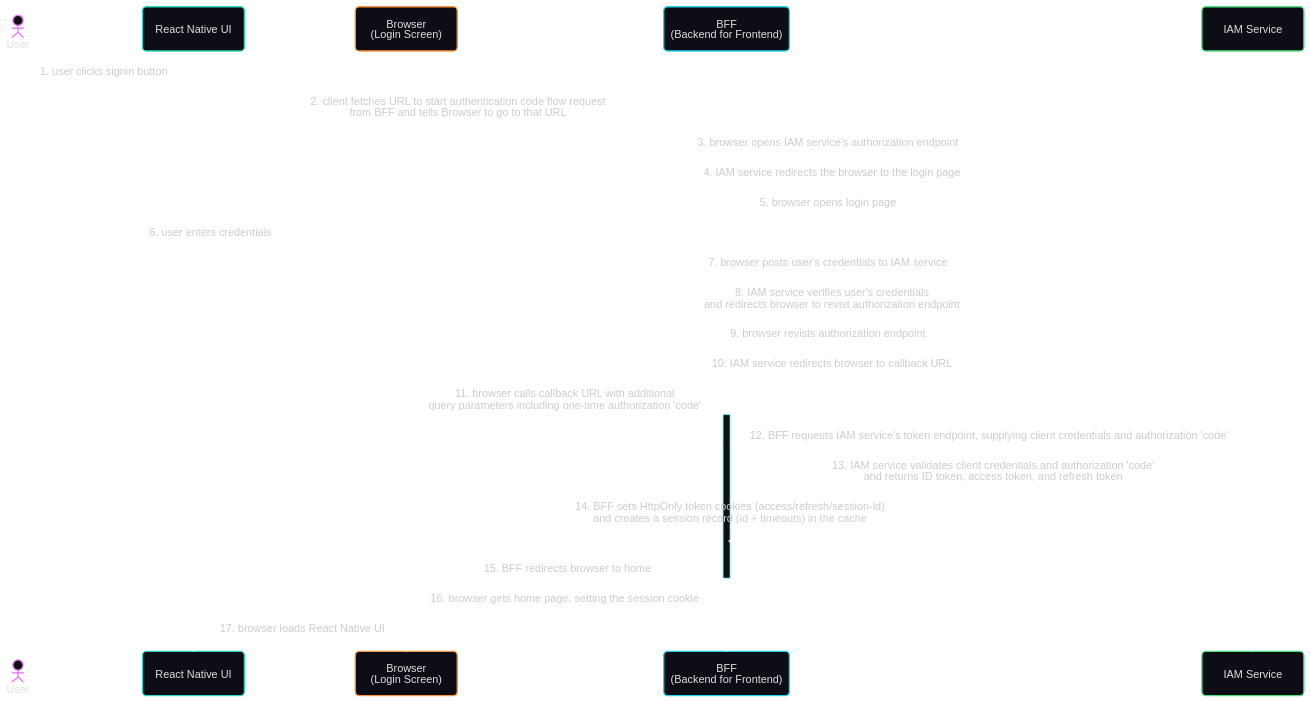
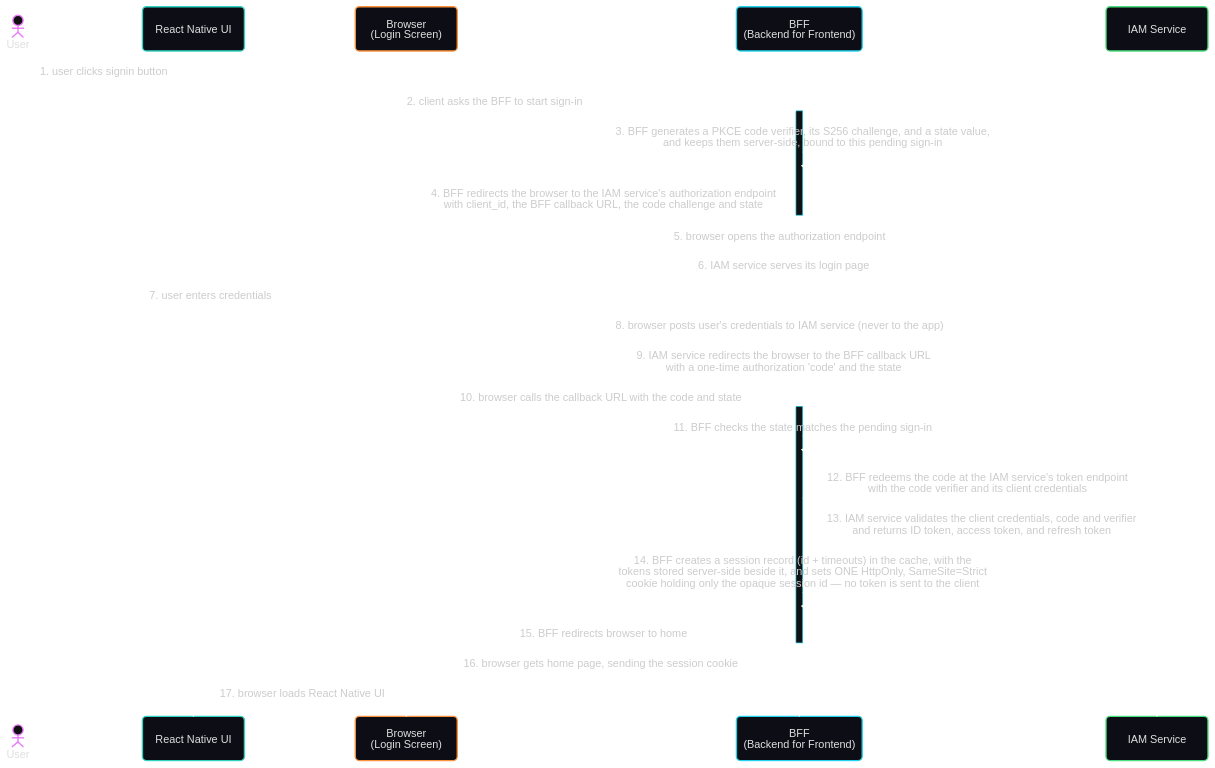
Before and after one commit to jumbleknot/MovieCollectionManager: the third of 5 diagrams in .specify/memory/constitution.md, drawn with Mermaid. The commit also changed other lines of this file and 1 other file, not shown here.

First line of the commit message:
docs(constitution): amend to v2.11.0 — session rules and server-held-token auth diagrams

````diff
--- a/.specify/memory/constitution.md
+++ b/.specify/memory/constitution.md
@@ -894,33 +898,35 @@
 ```mermaid
 ---
 config:
   theme: redux-dark-color
   look: neo
 ---
 sequenceDiagram
   actor User
   participant ReactNativeUI as React Native UI
   participant Browser as Browser<br/>(Login Screen)
   participant BFF as BFF<br/>(Backend for Frontend)
   participant IAM as IAM Service
 
   User->>ReactNativeUI: 1. user clicks signin button
-  ReactNativeUI->>BFF: 2. client fetches URL to start authentication code flow request<br/>from BFF and tells Browser to go to that URL
-  Browser->>IAM: 3. browser opens IAM service's authorization endpoint
-  IAM-->>Browser: 4. IAM service redirects the browser to the login page
-  Browser->>IAM: 5. browser opens login page
-  User->>Browser: 6. user enters credentials
-  Browser->>IAM: 7. browser posts user's credentials to IAM service
-  IAM-->>Browser: 8. IAM service verifies user's credentials<br/>and redirects browser to revist authorization endpoint
-  Browser->>IAM: 9. browser revists authorization endpoint
-  IAM-->>Browser: 10. IAM service redirects browser to callback URL
-  Browser->>BFF: 11. browser calls callback URL with additional<br/>query parameters including one-time authorization 'code'
+  ReactNativeUI->>BFF: 2. client asks the BFF to start sign-in
   activate BFF
-  BFF->>IAM: 12. BFF requests IAM service's token endpoint, supplying client credentials and authorization 'code'
-  IAM-->>BFF: 13. IAM service validates client credentials and authorization 'code'<br/>and returns ID token, access token, and refresh token
-  BFF->>BFF: 14. BFF sets HttpOnly token cookies (access/refresh/session-id)<br/>and creates a session record (id + timeouts) in the cache
+  BFF->>BFF: 3. BFF generates a PKCE code verifier, its S256 challenge, and a state value,<br/>and keeps them server-side, bound to this pending sign-in
+  BFF-->>Browser: 4. BFF redirects the browser to the IAM service's authorization endpoint<br/>with client_id, the BFF callback URL, the code challenge and state
+  deactivate BFF
+  Browser->>IAM: 5. browser opens the authorization endpoint
+  IAM-->>Browser: 6. IAM service serves its login page
+  User->>Browser: 7. user enters credentials
+  Browser->>IAM: 8. browser posts user's credentials to IAM service (never to the app)
+  IAM-->>Browser: 9. IAM service redirects the browser to the BFF callback URL<br/>with a one-time authorization 'code' and the state
+  Browser->>BFF: 10. browser calls the callback URL with the code and state
+  activate BFF
+  BFF->>BFF: 11. BFF checks the state matches the pending sign-in
+  BFF->>IAM: 12. BFF redeems the code at the IAM service's token endpoint<br/>with the code verifier and its client credentials
+  IAM-->>BFF: 13. IAM service validates the client credentials, code and verifier<br/>and returns ID token, access token, and refresh token
+  BFF->>BFF: 14. BFF creates a session record (id + timeouts) in the cache, with the<br/>tokens stored server-side beside it, and sets ONE HttpOnly, SameSite=Strict<br/>cookie holding only the opaque session id — no token is sent to the client
   BFF-->>Browser: 15. BFF redirects browser to home
   deactivate BFF
-  Browser->>BFF: 16. browser gets home page, setting the session cookie
+  Browser->>BFF: 16. browser gets home page, sending the session cookie
   Browser->>ReactNativeUI: 17. browser loads React Native UI
 ```
````
